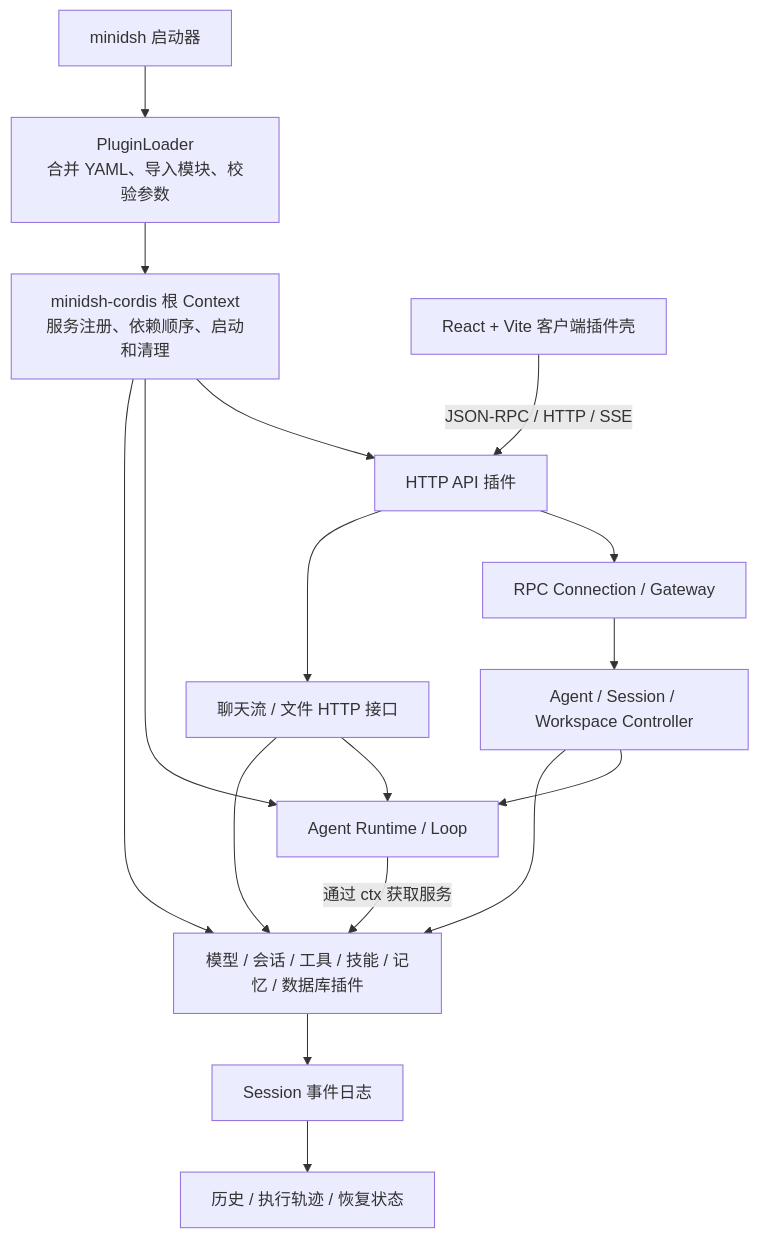
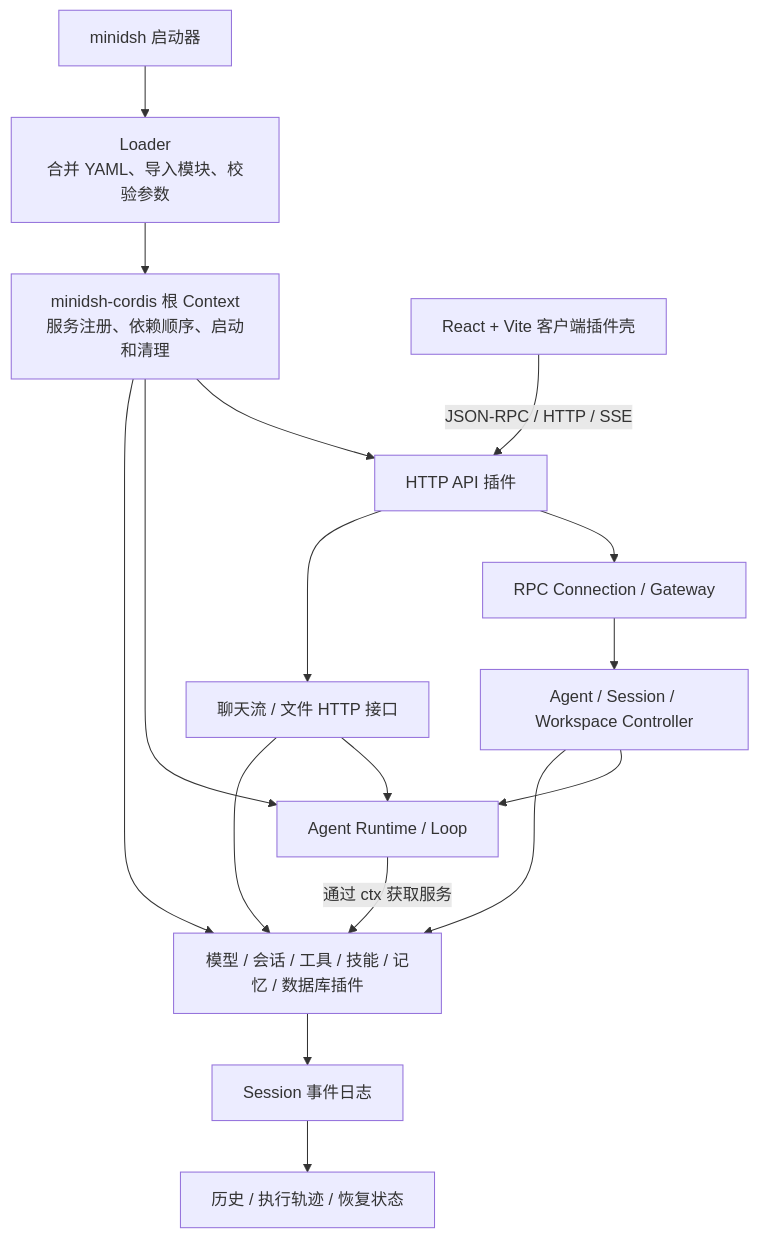
One commit to nandalock/agent-harness changed the diagram in README.md. Above: the diagram before and after it, drawn with Mermaid. The commit also changed other lines of this file and 106 other files, not shown here.

````diff
--- a/README.md
+++ b/README.md
@@ -211,19 +211,19 @@
 ```mermaid
 flowchart TB
-    CLI["minidsh 启动器"] --> LOADER["PluginLoader<br/>合并 YAML、导入模块、校验参数"]
+    CLI["minidsh 启动器"] --> LOADER["Loader<br/>合并 YAML、导入模块、校验参数"]
     LOADER --> CTX["minidsh-cordis 根 Context<br/>服务注册、依赖顺序、启动和清理"]
     CTX --> WEB["HTTP API 插件"]
     CTX --> AR["Agent Runtime / Loop"]
     CTX --> CAP["模型 / 会话 / 工具 / 技能 / 记忆 / 数据库插件"]
     UI["React + Vite 客户端插件壳"] -->|JSON-RPC / HTTP / SSE| WEB
     WEB --> GW["RPC Connection / Gateway"]
     GW --> CT["Agent / Session / Workspace Controller"]
     CT --> AR
     CT --> CAP
     WEB --> HTTP["聊天流 / 文件 HTTP 接口"]
     HTTP --> AR
     HTTP --> CAP
     AR -->|通过 ctx 获取服务| CAP
     CAP --> LOG["Session 事件日志"]
     LOG --> VIEW["历史 / 执行轨迹 / 恢复状态"]
 ```
````
